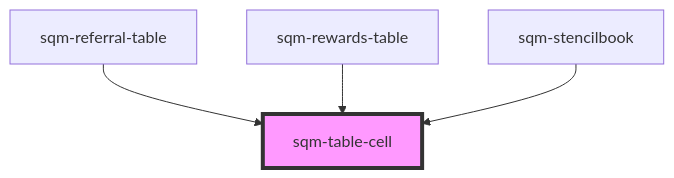
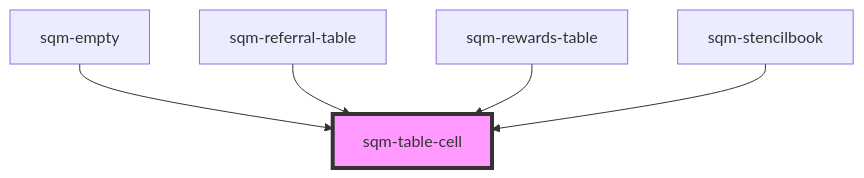
The diagram in packages/mint-components/src/components/sqm-table-cell/readme.md (saasquatch/program-tools), drawn with Mermaid before and after one commit. The commit also changed other lines of this file and 33 other files, not shown here.

````diff
--- a/packages/mint-components/src/components/sqm-table-cell/readme.md
+++ b/packages/mint-components/src/components/sqm-table-cell/readme.md
@@ -23,7 +24,8 @@
 ```mermaid
 graph TD;
+  sqm-empty --> sqm-table-cell
   sqm-referral-table --> sqm-table-cell
   sqm-rewards-table --> sqm-table-cell
   sqm-stencilbook --> sqm-table-cell
   style sqm-table-cell fill:#f9f,stroke:#333,stroke-width:4px
 ```
````
